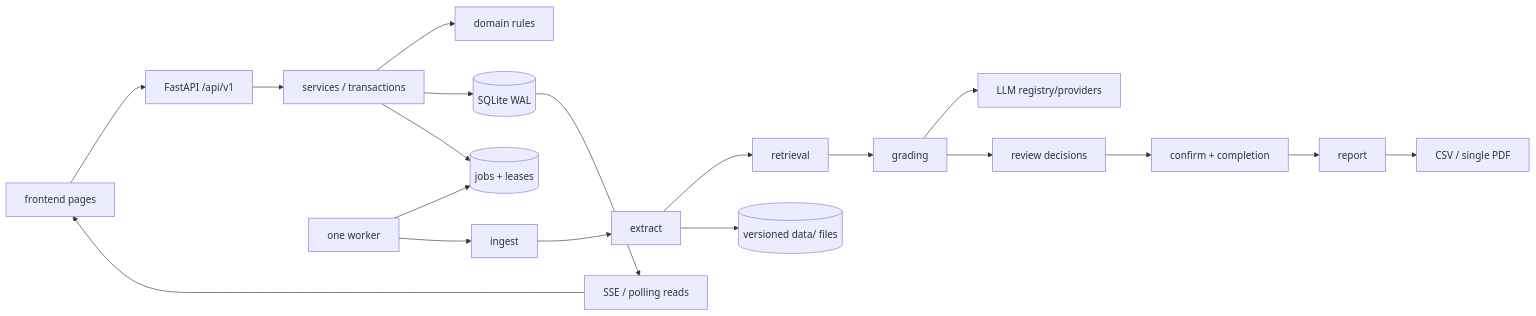
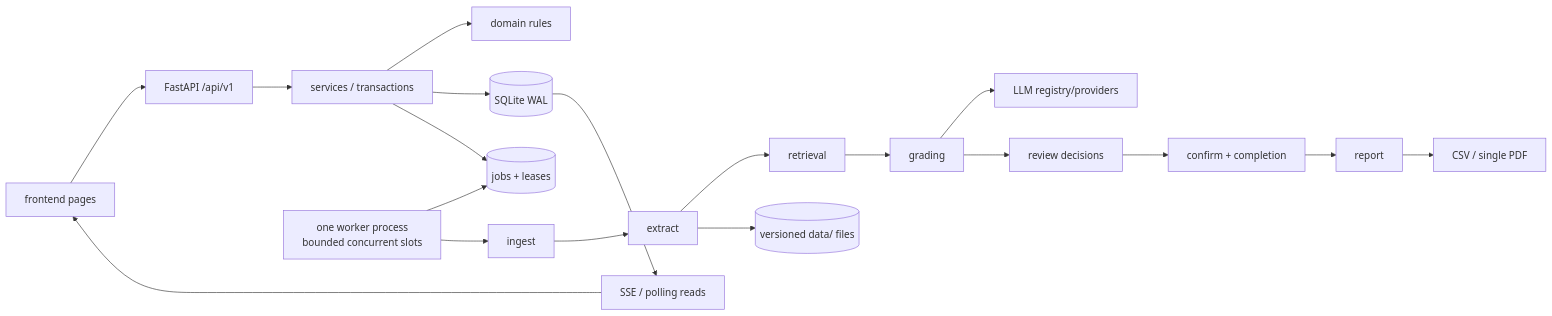
One commit to A1phaCat/Rubric-mark-agent changed the diagram in docs/ARCHITECTURE.md. Above: the diagram before and after it, drawn with Mermaid. The commit also changed 18 other files, not shown here.

````diff
--- a/docs/ARCHITECTURE.md
+++ b/docs/ARCHITECTURE.md
@@ -7,21 +7,21 @@
 ```mermaid
 flowchart LR
   UI[frontend pages] --> API[FastAPI /api/v1]
   API --> S[services / transactions]
   S --> D[domain rules]
   S --> DB[(SQLite WAL)]
   S --> Q[(jobs + leases)]
-  W[one worker] --> Q
+  W[one worker process<br/>bounded concurrent slots] --> Q
   W --> I[ingest]
   I --> X[extract]
   X --> R[retrieval]
   R --> G[grading]
   G --> L[LLM registry/providers]
   G --> RV[review decisions]
   RV --> C[confirm + completion]
   C --> RP[report]
   RP --> E[CSV / single PDF]
   X --> FS[(versioned data/ files)]
   DB --> SSE[SSE / polling reads]
   SSE --> UI
 ```
````
